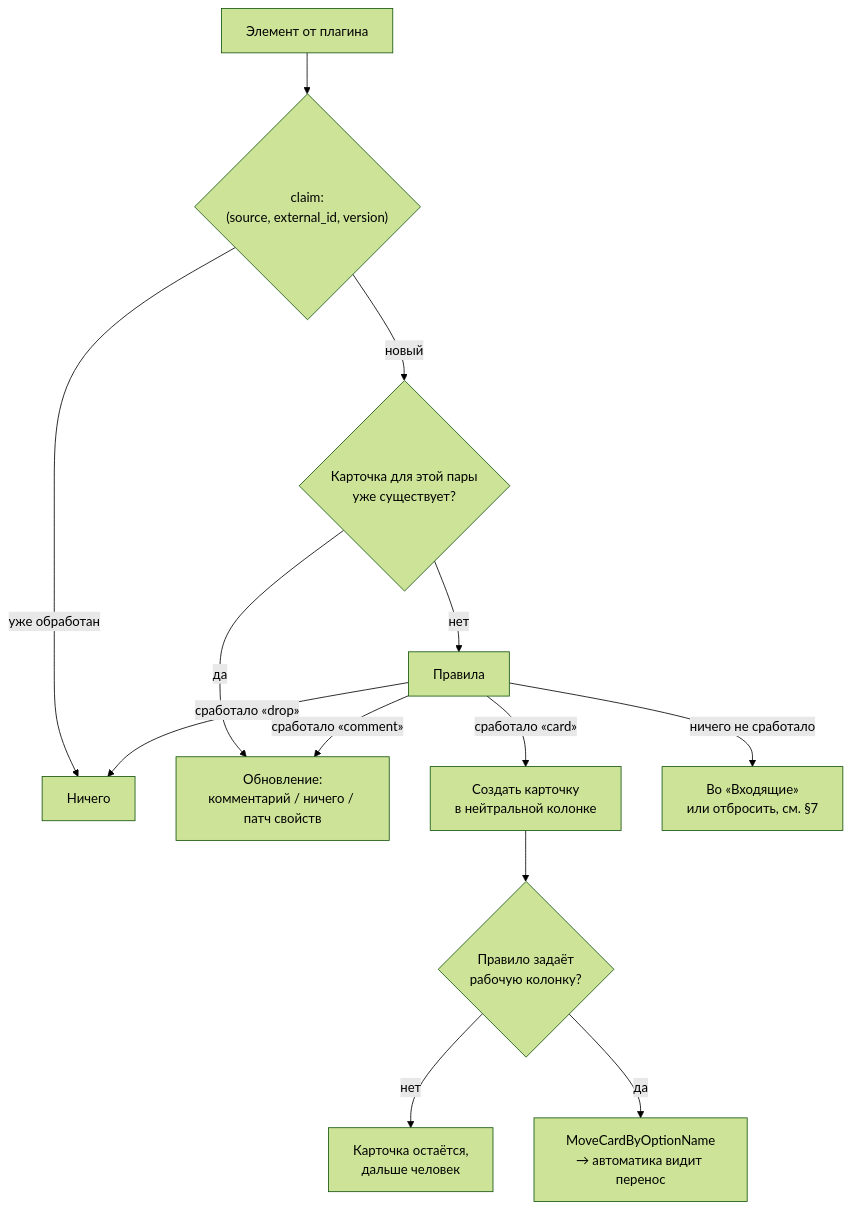
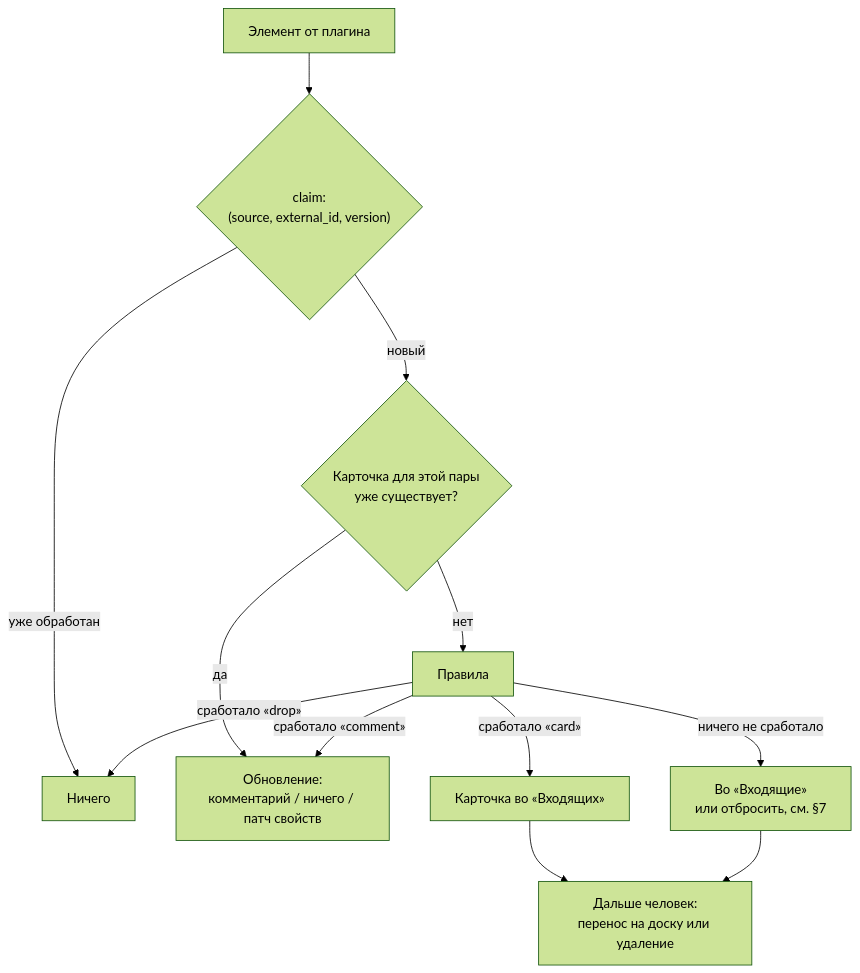
The first of 10 diagrams in docs/sources.md (artipop/pourquoipas), drawn with Mermaid (forest theme) before and after one commit. The commit also changed other lines of this file and 78 other files, not shown here.

````diff
--- a/docs/sources.md
+++ b/docs/sources.md
@@ -127,15 +126,14 @@
 ```mermaid
 flowchart TD
     A["Элемент от плагина"] --> B{"claim:<br/>(source, external_id, version)"}
     B -- уже обработан --> Z["Ничего"]
     B -- новый --> C{"Карточка для этой пары<br/>уже существует?"}
     C -- нет --> D["Правила"]
     C -- да --> U["Обновление:<br/>комментарий / ничего / патч свойств"]
-    D -- сработало «card» --> E["Создать карточку<br/>в нейтральной колонке"]
+    D -- сработало «card» --> E["Карточка во «Входящих»"]
     D -- сработало «comment» --> U
     D -- сработало «drop» --> Z
     D -- ничего не сработало --> F["Во «Входящие»<br/>или отбросить, см. §7"]
-    E --> G{"Правило задаёт<br/>рабочую колонку?"}
-    G -- нет --> H["Карточка остаётся,<br/>дальше человек"]
-    G -- да --> I["MoveCardByOptionName<br/>→ автоматика видит перенос"]
+    E --> H["Дальше человек:<br/>перенос на доску или удаление"]
+    F --> H
 ```
````
